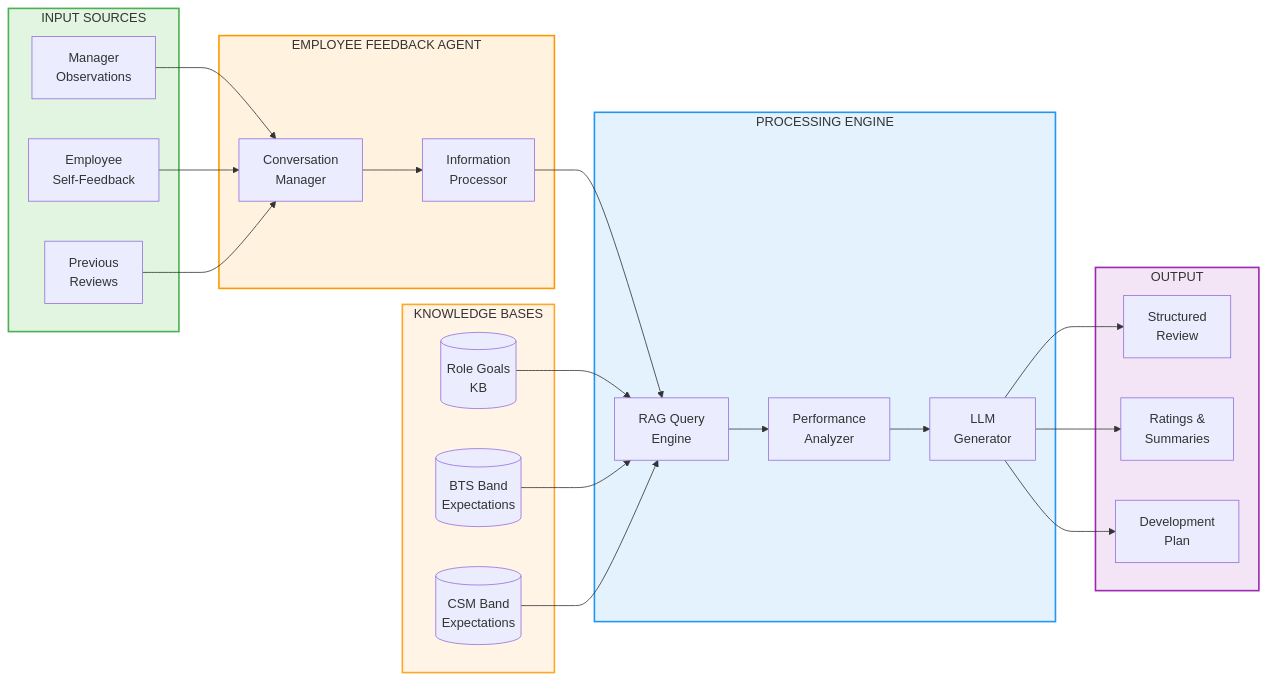
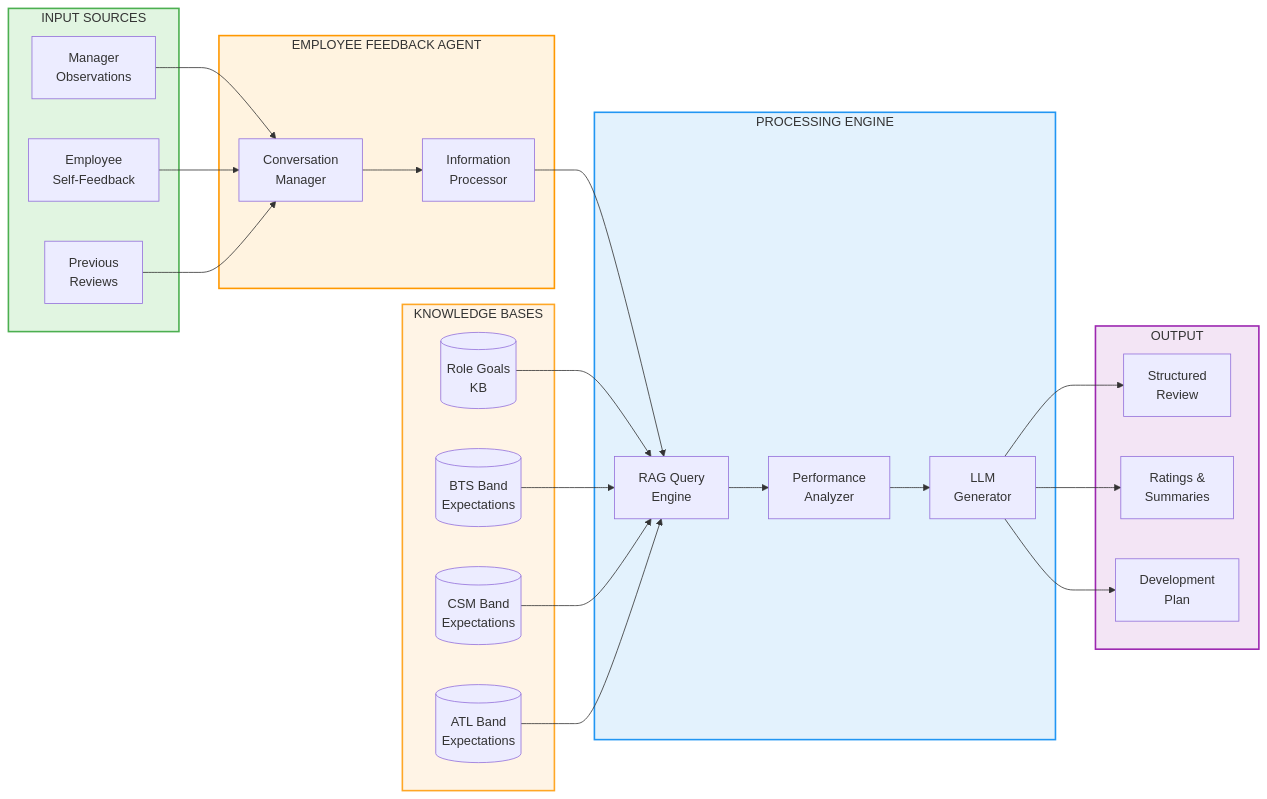
The third of 4 diagrams in employee-feedback-agent-workflow.md (Tadanntlewis/employee-feedback-agent), drawn with Mermaid before and after one commit. The commit also changed other lines of this file and 4 other files, not shown here.

````diff
--- a/employee-feedback-agent-workflow.md
+++ b/employee-feedback-agent-workflow.md
@@ -294,54 +297,56 @@
 ```mermaid
 flowchart LR
     subgraph Input[" INPUT SOURCES "]
         I1[Manager<br/>Observations]
         I2[Employee<br/>Self-Feedback]
         I3[Previous<br/>Reviews]
     end
     
     subgraph Agent[" EMPLOYEE FEEDBACK AGENT "]
         A1[Conversation<br/>Manager]
         A2[Information<br/>Processor]
     end
     
     subgraph KB[" KNOWLEDGE BASES "]
         K1[(Role Goals<br/>KB)]
         K2[(BTS Band<br/>Expectations)]
         K3[(CSM Band<br/>Expectations)]
+        K4[(ATL Band<br/>Expectations)]
     end
     
     subgraph Processing[" PROCESSING ENGINE "]
         P1[RAG Query<br/>Engine]
         P2[Performance<br/>Analyzer]
         P3[LLM<br/>Generator]
     end
     
     subgraph Output[" OUTPUT "]
         O1[Structured<br/>Review]
         O2[Ratings &<br/>Summaries]
         O3[Development<br/>Plan]
     end
     
     I1 --> A1
     I2 --> A1
     I3 --> A1
     A1 --> A2
     A2 --> P1
     
     K1 --> P1
     K2 --> P1
     K3 --> P1
+    K4 --> P1
     
     P1 --> P2
     P2 --> P3
     
     P3 --> O1
     P3 --> O2
     P3 --> O3
     
     style Input fill:#e1f5e1,stroke:#4caf50,stroke-width:2px
     style Agent fill:#fff3e0,stroke:#ff9800,stroke-width:2px
     style KB fill:#fff4e6,stroke:#ffa726,stroke-width:2px
     style Processing fill:#e3f2fd,stroke:#2196f3,stroke-width:2px
     style Output fill:#f3e5f5,stroke:#9c27b0,stroke-width:2px
 ```
````
